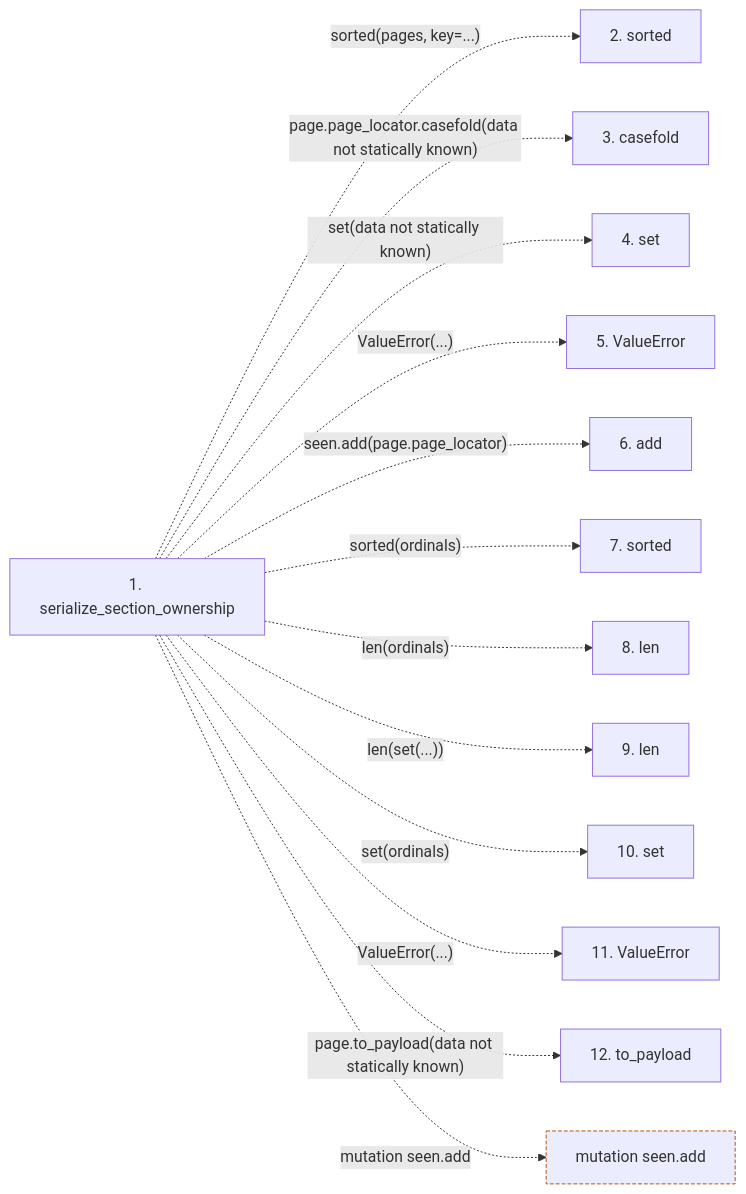
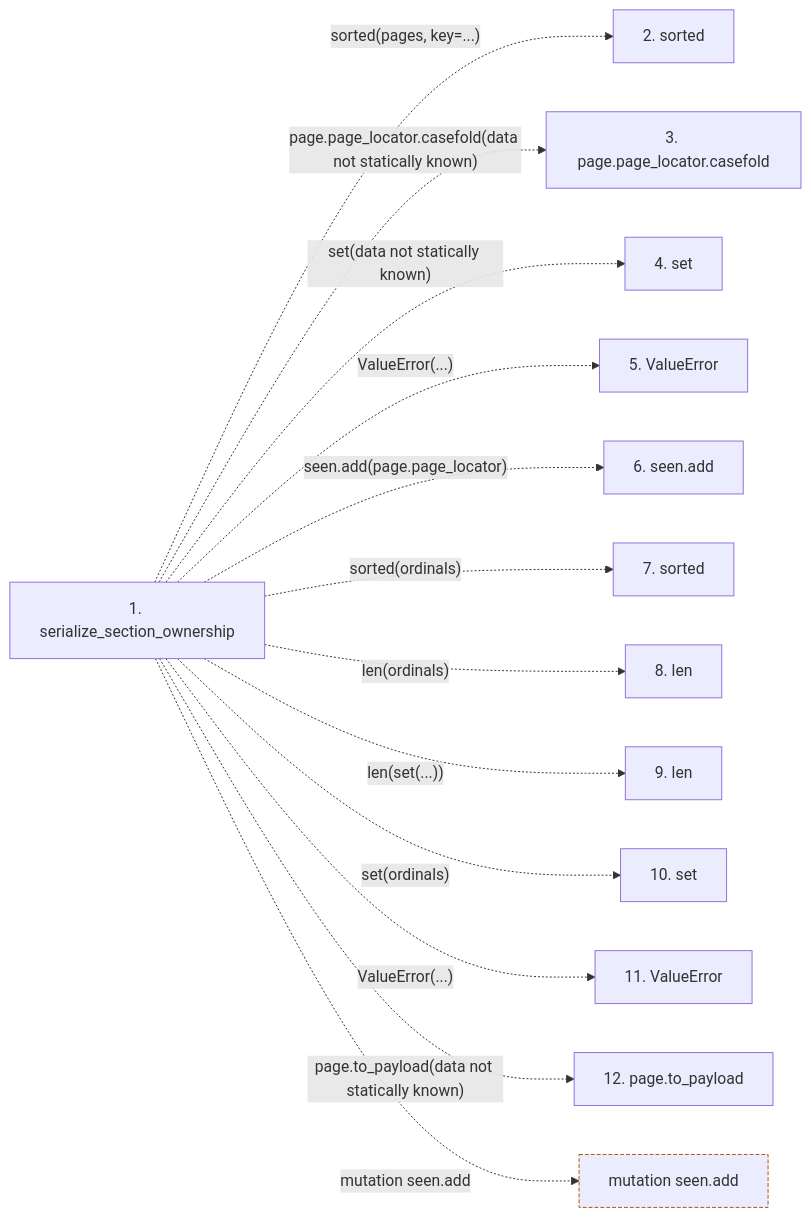
Before and after one commit to Denissvgn/python-wiki-llm: the second of 2 diagrams in docs/llm_wiki/flows/api-serialize_section_ownership.md, drawn with Mermaid. The commit also changed other lines of this file and 719 other files, not shown here.

````diff
--- a/docs/llm_wiki/flows/api-serialize_section_ownership.md
+++ b/docs/llm_wiki/flows/api-serialize_section_ownership.md
@@ -36,31 +36,31 @@
 ```mermaid
 flowchart LR
     s1["1. serialize_section_ownership"]
     s2["2. sorted"]
-    s3["3. casefold"]
+    s3["3. page.page_locator.casefold"]
     s4["4. set"]
     s5["5. ValueError"]
-    s6["6. add"]
+    s6["6. seen.add"]
     s7["7. sorted"]
     s8["8. len"]
     s9["9. len"]
     s10["10. set"]
     s11["11. ValueError"]
-    s12["12. to_payload"]
+    s12["12. page.to_payload"]
     s1 -. "sorted(pages, key=...)" .-> s2
     s1 -. "page.page_locator.casefold(data not statically known)" .-> s3
     s1 -. "set(data not statically known)" .-> s4
     s1 -. "ValueError(...)" .-> s5
     s1 -. "seen.add(page.page_locator)" .-> s6
     s1 -. "sorted(ordinals)" .-> s7
     s1 -. "len(ordinals)" .-> s8
     s1 -. "len(set(...))" .-> s9
     s1 -. "set(ordinals)" .-> s10
     s1 -. "ValueError(...)" .-> s11
     s1 -. "page.to_payload(data not statically known)" .-> s12
     b0["mutation seen.add"]
     s1 -. "mutation seen.add" .-> b0
     click s1 "../modules/section_ownership.md"
     classDef boundary stroke:#b45309,stroke-dasharray: 4 2
     class b0 boundary
 ```
````
